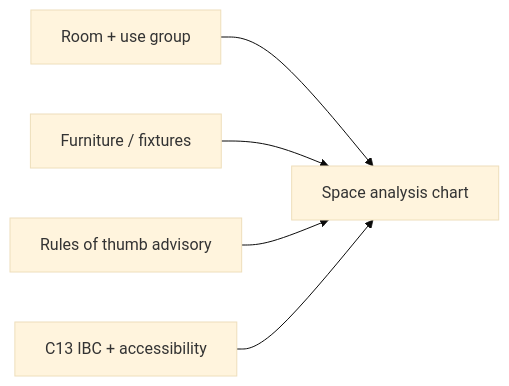
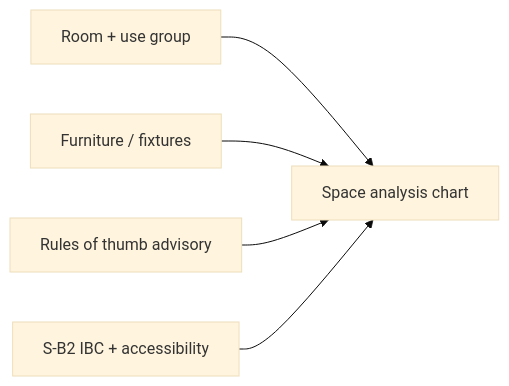
Before and after one commit to enabledtocreate/erganis-studio: the diagram in docs/STUDIO-IMPLEMENTATION-PLAN.md, drawn with Mermaid (base theme). The commit also changed other lines of this file, not shown here.

First line of the commit message:
docs: Build module owns Codes (IBC/accessibility) as domain logic, not Core C13

````diff
--- a/docs/STUDIO-IMPLEMENTATION-PLAN.md
+++ b/docs/STUDIO-IMPLEMENTATION-PLAN.md
@@ -211,12 +214,12 @@
 ```mermaid
 flowchart LR
   Room[Room + use group]
   Furn[Furniture / fixtures]
   RoT[Rules of thumb advisory]
-  Codes[C13 IBC + accessibility]
+  Codes[S-B2 IBC + accessibility]
   Chart[Space analysis chart]
   Room --> Chart
   Furn --> Chart
   RoT --> Chart
   Codes --> Chart
 ```
````
